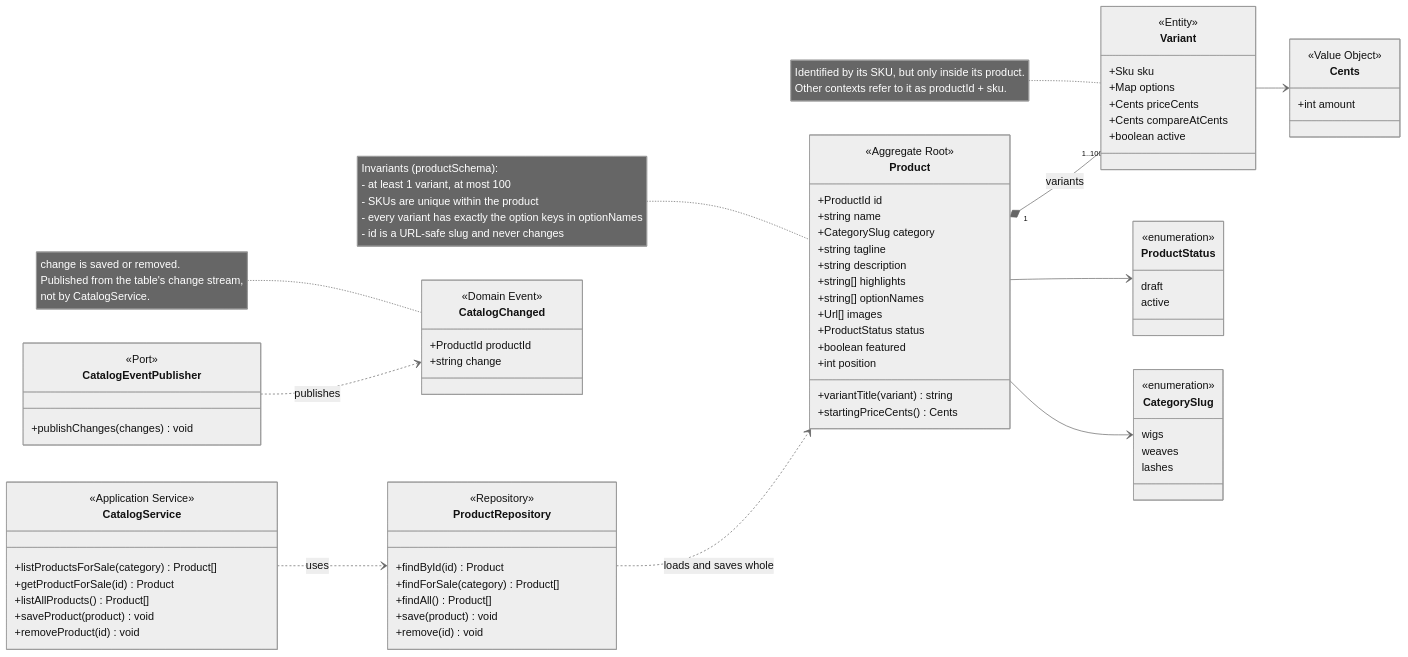
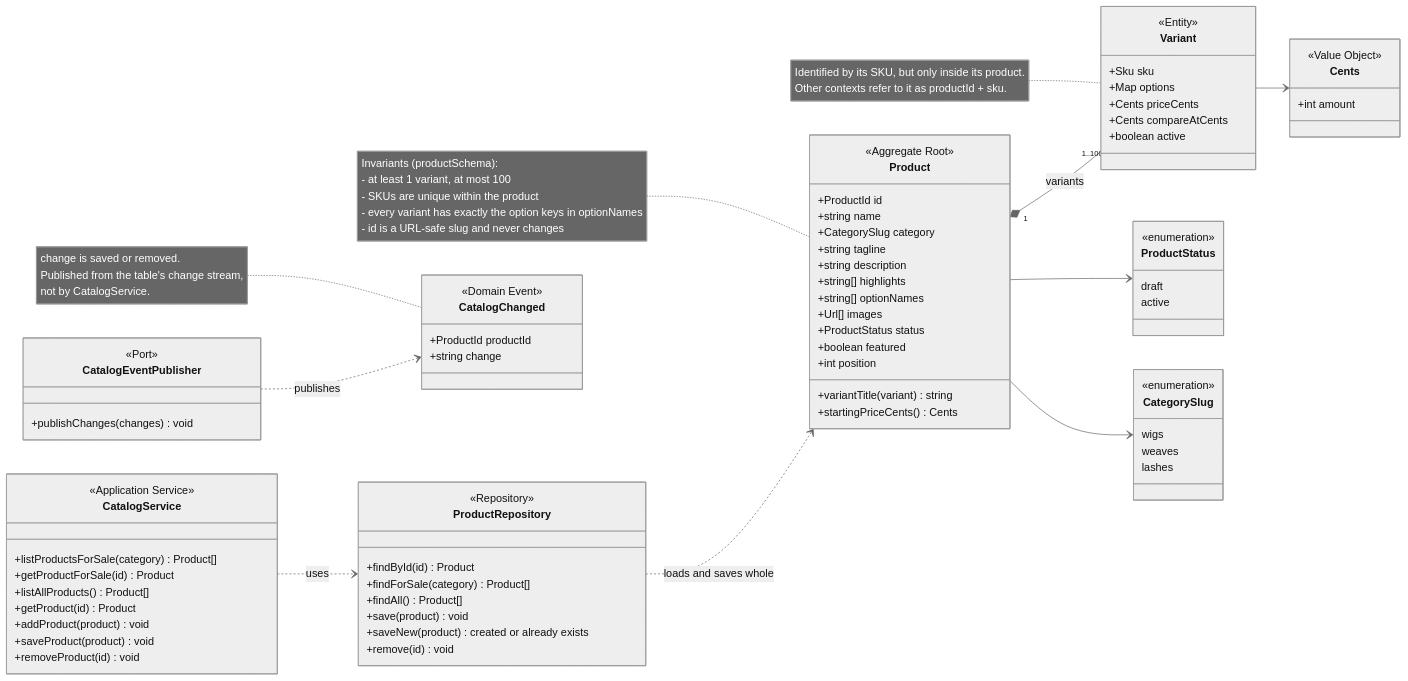
One commit to rossislike/luxebaddie changed the first of 6 diagrams in docs/class-diagrams.md. Above: the diagram before and after it, drawn with Mermaid (neutral theme). The commit also changed 24 other files, not shown here.

```diff
--- a/docs/class-diagrams.md
+++ b/docs/class-diagrams.md
@@ -66,6 +66,8 @@
         +listProductsForSale(category) Product[]
         +getProductForSale(id) Product
         +listAllProducts() Product[]
+        +getProduct(id) Product
+        +addProduct(product) void
         +saveProduct(product) void
         +removeProduct(id) void
     }
@@ -76,6 +78,7 @@
         +findForSale(category) Product[]
         +findAll() Product[]
         +save(product) void
+        +saveNew(product) created or already exists
         +remove(id) void
     }
 
```
